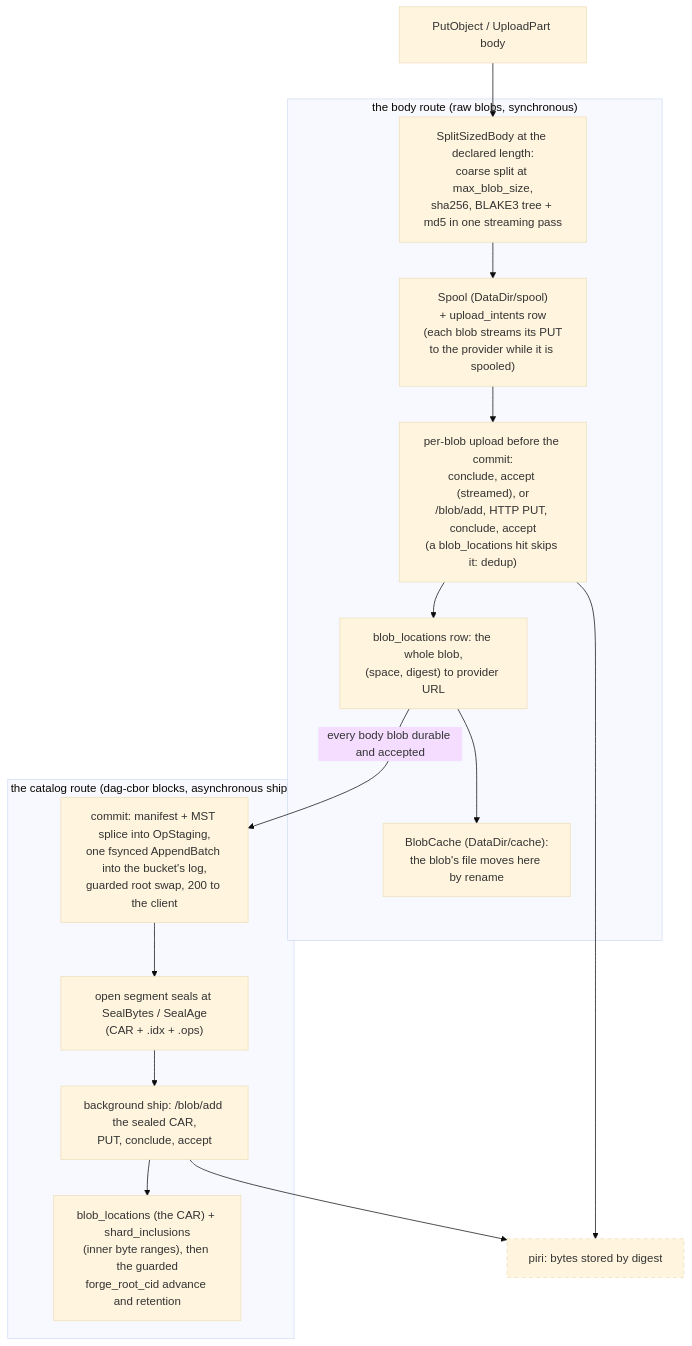
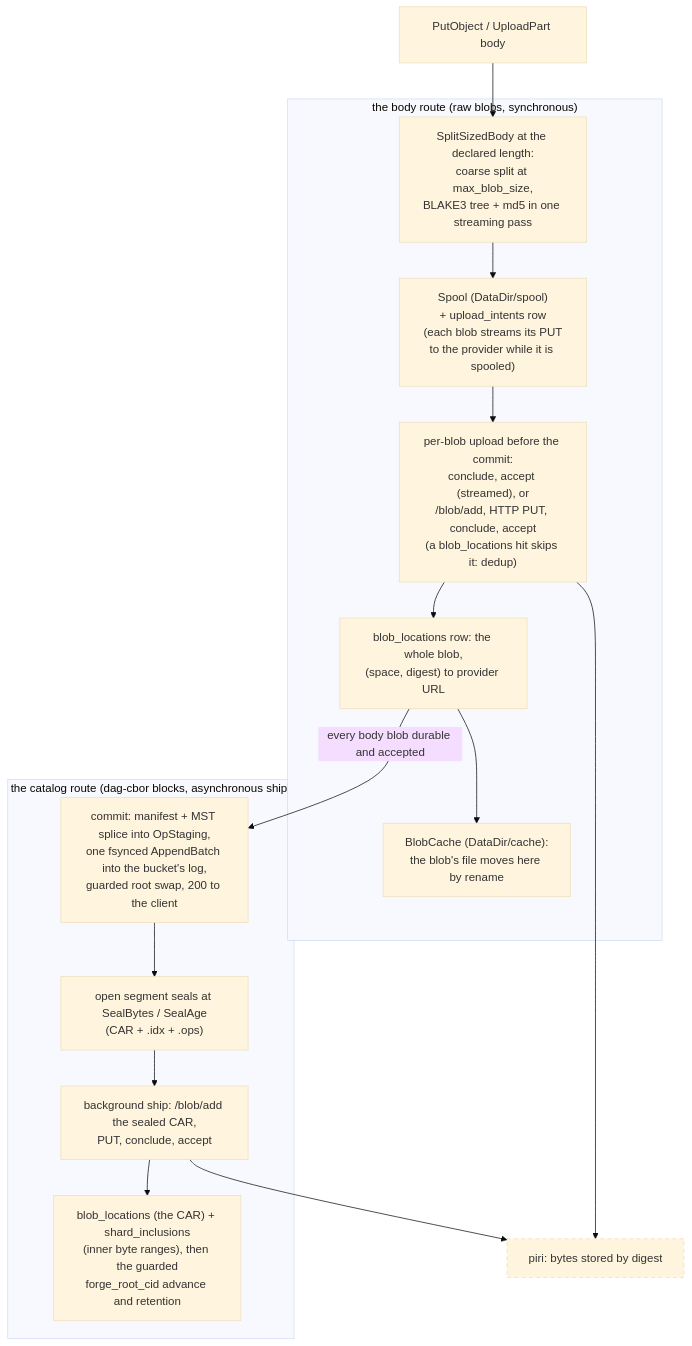
The third of 14 diagrams in docs/diagrams.md (fil-forge/ingot), drawn with Mermaid (base theme) before and after one commit. The commit also changed other lines of this file and 9 other files, not shown here.

First line of the commit message:
refactor: drop body sha256 hash (#232)

````diff
--- a/docs/diagrams.md
+++ b/docs/diagrams.md
@@ -174,31 +174,31 @@
 ```mermaid
 flowchart TB
     put["PutObject / UploadPart body"]
 
     subgraph bodyr["the body route (raw blobs, synchronous)"]
-        split["SplitSizedBody at the declared length:<br/>coarse split at max_blob_size,<br/>sha256, BLAKE3 tree + md5 in one streaming pass"]
+        split["SplitSizedBody at the declared length:<br/>coarse split at max_blob_size,<br/>BLAKE3 tree + md5 in one streaming pass"]
         spool["Spool (DataDir/spool)<br/>+ upload_intents row<br/>(each blob streams its PUT<br/>to the provider while it is spooled)"]
         upload["per-blob upload before the commit:<br/>conclude, accept (streamed), or<br/>/blob/add, HTTP PUT, conclude, accept<br/>(a blob_locations hit skips it: dedup)"]
         bloc["blob_locations row: the whole blob,<br/>(space, digest) to provider URL"]
         cache["BlobCache (DataDir/cache):<br/>the blob's file moves here by rename"]
         split --> spool --> upload --> bloc --> cache
     end
 
     subgraph catr["the catalog route (dag-cbor blocks, asynchronous ship)"]
         commit["commit: manifest + MST splice into OpStaging,<br/>one fsynced AppendBatch into the bucket's log,<br/>guarded root swap, 200 to the client"]
         seal["open segment seals at SealBytes / SealAge<br/>(CAR + .idx + .ops)"]
         ship["background ship: /blob/add the sealed CAR,<br/>PUT, conclude, accept"]
         incl["blob_locations (the CAR) + shard_inclusions<br/>(inner byte ranges), then the guarded<br/>forge_root_cid advance and retention"]
         commit --> seal --> ship --> incl
     end
 
     piri["piri: bytes stored by digest"]
 
     put --> split
     bloc -->|"every body blob durable and accepted"| commit
     upload --> piri
     ship --> piri
 
     classDef external stroke-dasharray: 5 5
     class piri external
 ```
````
